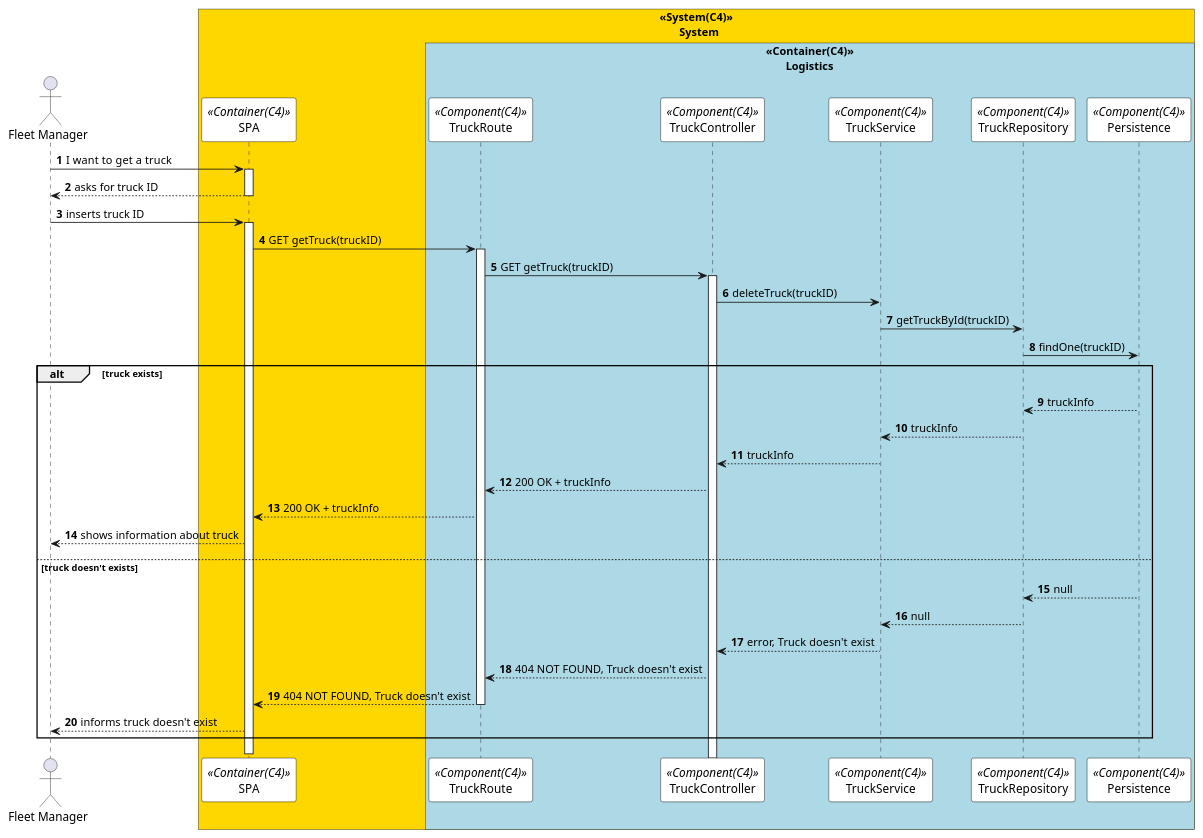
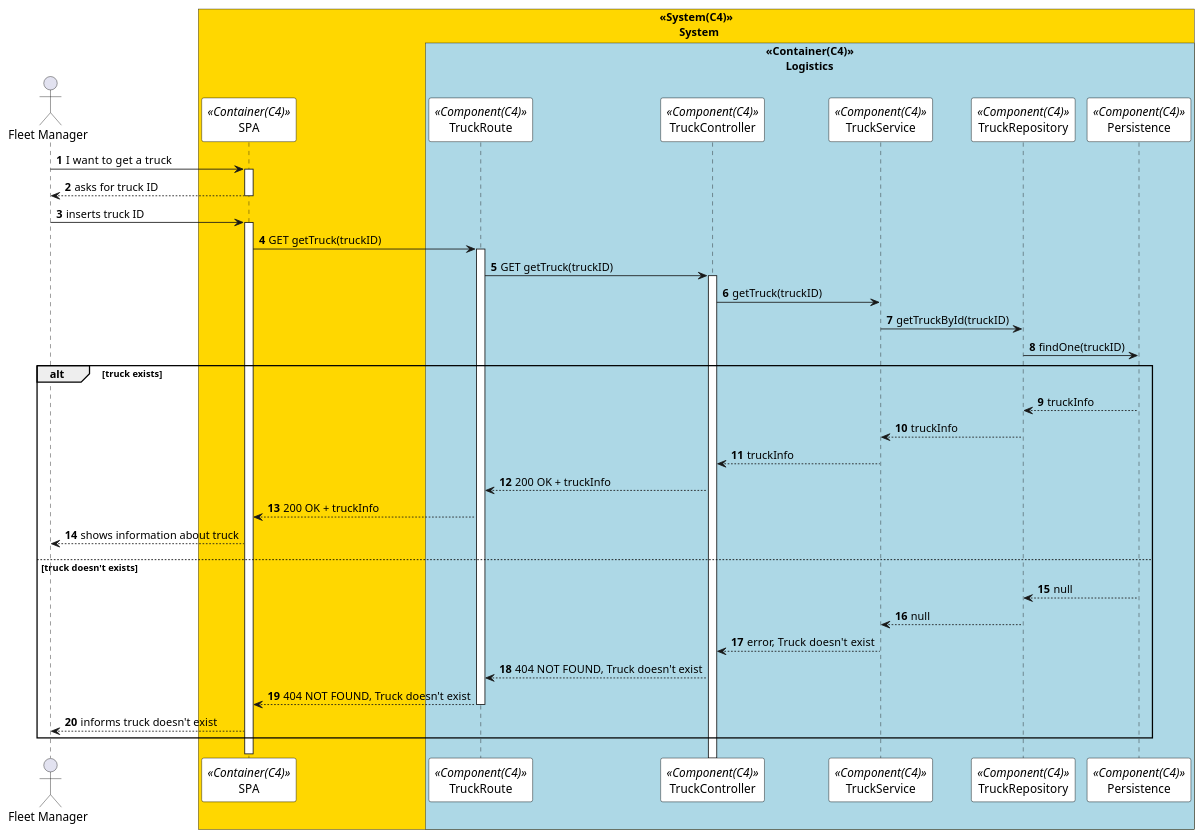
Before and after one commit to 0franciscor/dei_3dj_057: the diagram in Documents/1210824/puml/L3/Process View/getTruckSD.puml, drawn with PlantUML. The commit also changed 7 other files, not shown here.

```diff
--- a/Documents/1210824/puml/L3/Process View/getTruckSD.puml
+++ b/Documents/1210824/puml/L3/Process View/getTruckSD.puml
@@ -1,76 +1,76 @@
 @startuml getTruckSD
 autonumber
 !pragma teoz true
 skinparam sequence {
 ParticipantBorderColor black
 ParticipantBackgroundColor white
 }
 
 actor "Fleet Manager" as manager
 
 
 box "<<System(C4)>>\n       System" #Gold
 participant SPA as  SPA <<Container(C4)>>
 box "<<Container(C4)>>\n       Logistics" #LightBlue
 participant TruckRoute as Route <<Component(C4)>>
 participant TruckController as Controller <<Component(C4)>>
 participant TruckService as Service <<Component(C4)>>
 participant TruckRepository as Repository <<Component(C4)>>
 participant Persistence as Persistence <<Component(C4)>>
 end box
 end box
 
 manager -> SPA: I  want to get a truck
 activate SPA
 
 SPA --> manager: asks for truck ID
 deactivate SPA
 
 manager -> SPA: inserts truck ID
 activate SPA
 
 SPA -> Route: GET getTruck(truckID)
 activate Route
 
 Route -> Controller: GET getTruck(truckID)
 activate Controller
 
-Controller -> Service: deleteTruck(truckID)
+Controller -> Service: getTruck(truckID)
 
 Service -> Repository: getTruckById(truckID)
 
 Repository -> Persistence: findOne(truckID)
 
 
 alt truck exists
 Persistence --> Repository: truckInfo
 
 Repository --> Service: truckInfo
 
 Service --> Controller: truckInfo 
 
 Controller --> Route: 200 OK + truckInfo
 
 Route --> SPA: 200 OK + truckInfo
 SPA --> manager: shows information about truck
 
 
 else truck doesn't exists
 Persistence --> Repository: null
 
 Repository --> Service: null
 
 Service --> Controller: error, Truck doesn't exist
 
 Controller --> Route: 404 NOT FOUND, Truck doesn't exist
 
 Route --> SPA: 404 NOT FOUND, Truck doesn't exist
 deactivate Route
 SPA --> manager: informs truck doesn't exist
 
 end
 
 deactivate SPA
 deactivate manager
 
 @enduml
```
